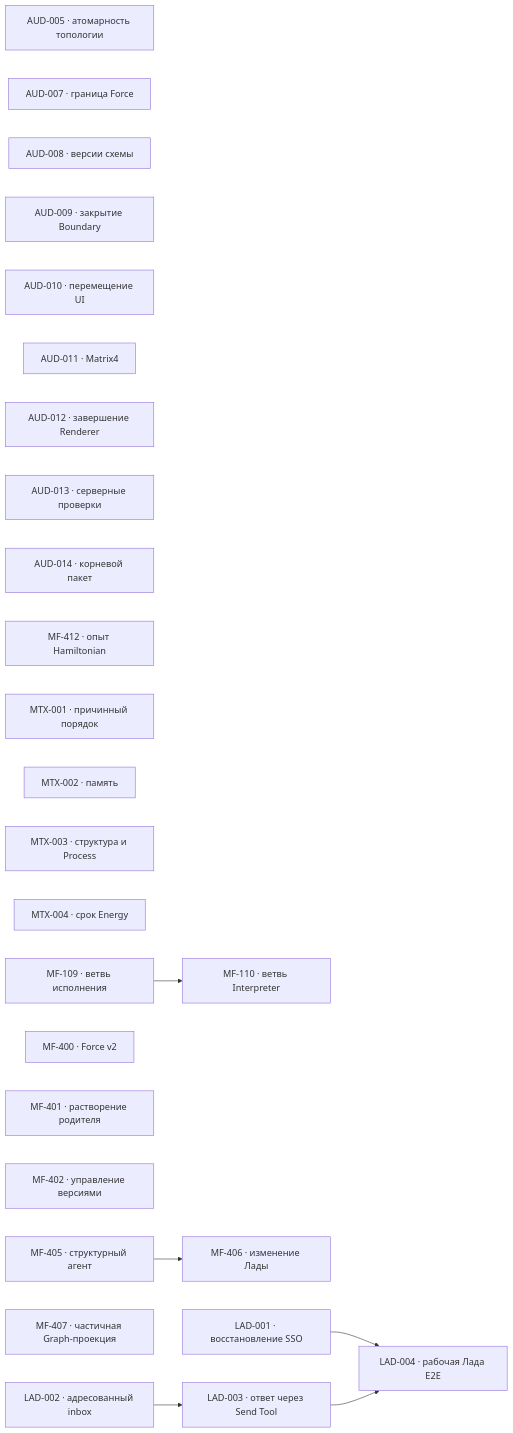
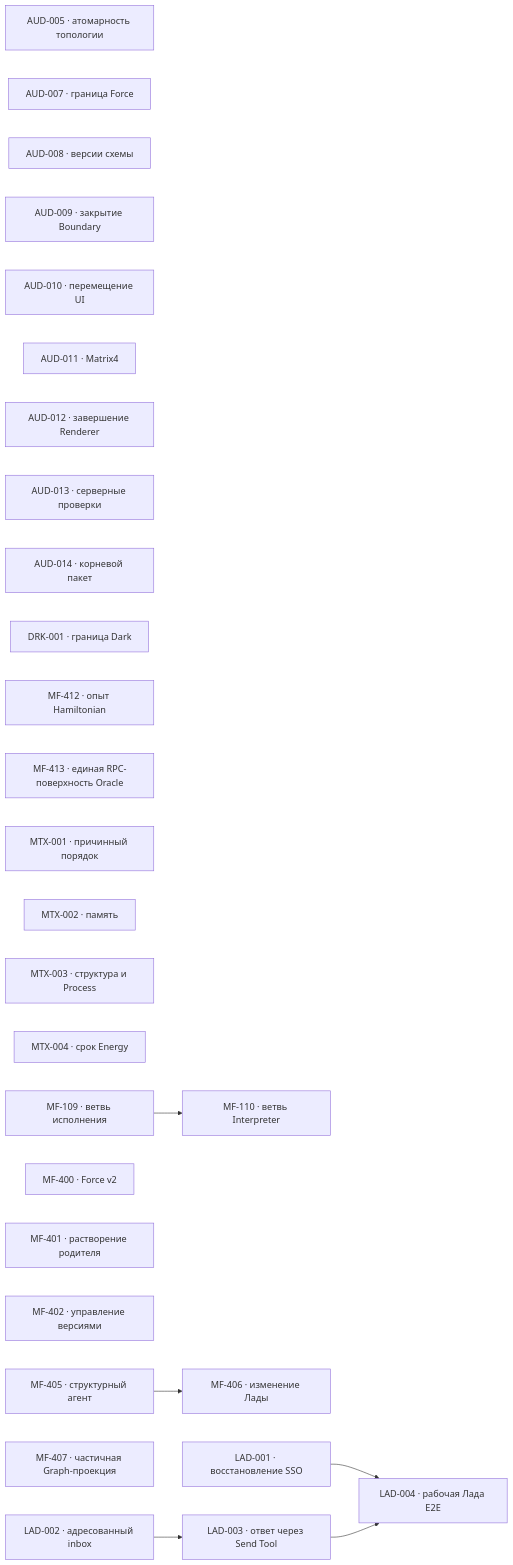
The diagram in project/TODO.md (zavx0z/metafor), drawn with Mermaid before and after one commit. The commit also changed other lines of this file and 170 other files, not shown here.

Commit message:
refactor(oracle): unify RPC surface and domain boundaries

````diff
--- a/project/TODO.md
+++ b/project/TODO.md
@@ -13,34 +13,36 @@
 ```mermaid
 flowchart LR
     AUD005["AUD-005 · атомарность топологии"]
     AUD007["AUD-007 · граница Force"]
     AUD008["AUD-008 · версии схемы"]
     AUD009["AUD-009 · закрытие Boundary"]
     AUD010["AUD-010 · перемещение UI"]
     AUD011["AUD-011 · Matrix4"]
     AUD012["AUD-012 · завершение Renderer"]
     AUD013["AUD-013 · серверные проверки"]
     AUD014["AUD-014 · корневой пакет"]
+    DRK001["DRK-001 · граница Dark"]
     MF412["MF-412 · опыт Hamiltonian"]
+    MF413["MF-413 · единая RPC-поверхность Oracle"]
     MTX001["MTX-001 · причинный порядок"]
     MTX002["MTX-002 · память"]
     MTX003["MTX-003 · структура и Process"]
     MTX004["MTX-004 · срок Energy"]
     MF109["MF-109 · ветвь исполнения"]
     MF110["MF-110 · ветвь Interpreter"]
     MF400["MF-400 · Force v2"]
     MF401["MF-401 · растворение родителя"]
     MF402["MF-402 · управление версиями"]
     MF405["MF-405 · структурный агент"]
     MF406["MF-406 · изменение Лады"]
     MF407["MF-407 · частичная Graph-проекция"]
     LAD001["LAD-001 · восстановление SSO"]
     LAD002["LAD-002 · адресованный inbox"]
     LAD003["LAD-003 · ответ через Send Tool"]
     LAD004["LAD-004 · рабочая Лада E2E"]
     MF109 --> MF110
     MF405 --> MF406
     LAD002 --> LAD003
     LAD001 --> LAD004
     LAD003 --> LAD004
 ```
````
